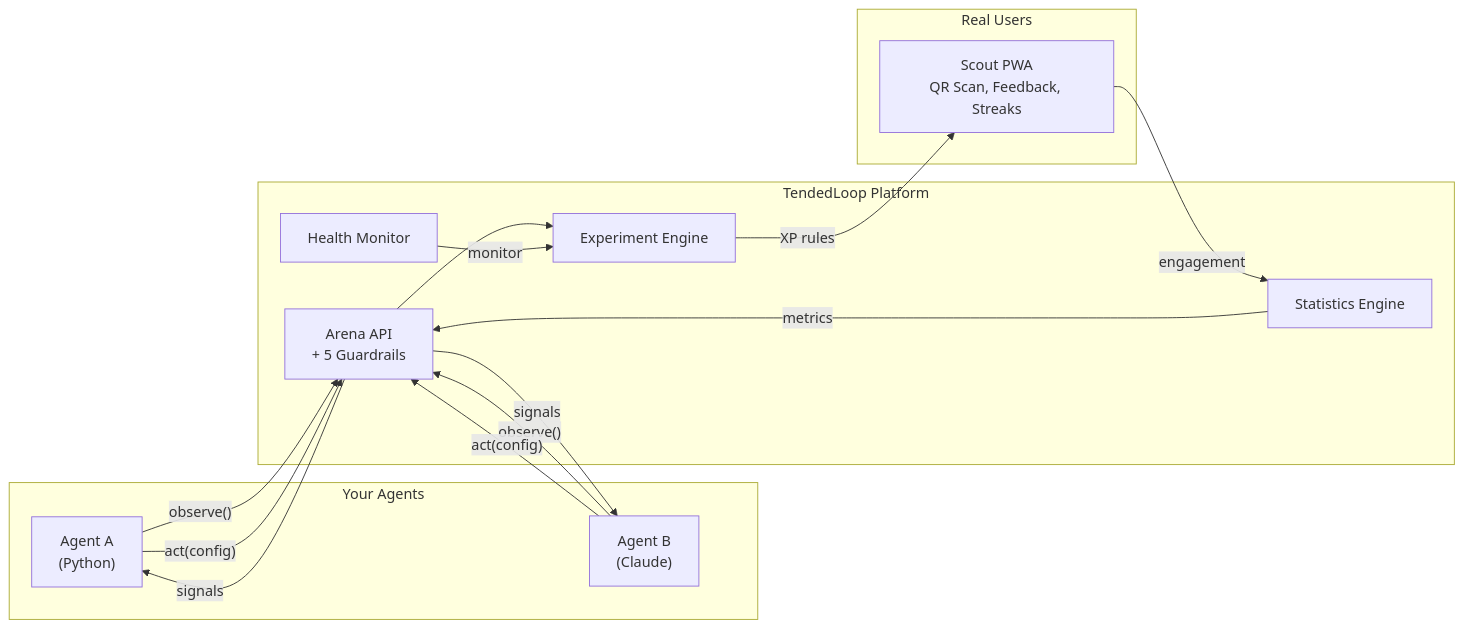
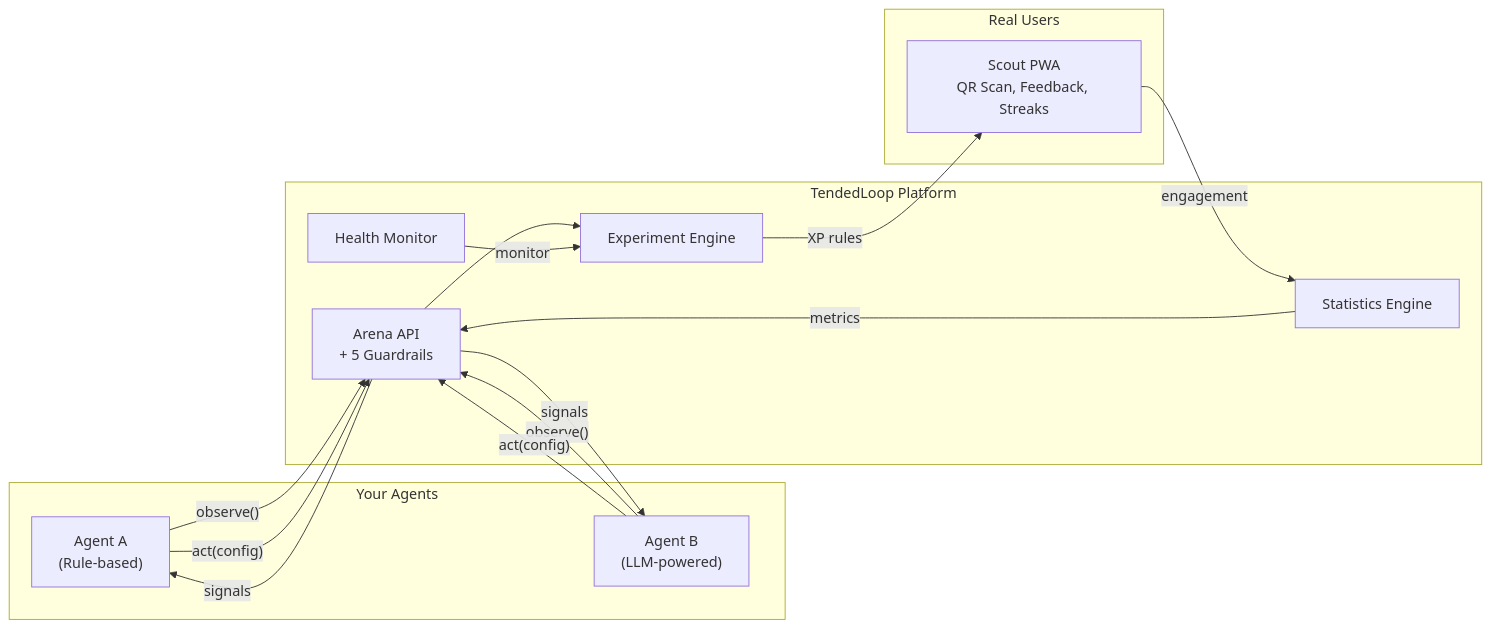
Before and after one commit to osheryadgar/tendedloop-arena: the second of 3 diagrams in README.md, drawn with Mermaid. The commit also changed other lines of this file and 22 other files, not shown here.

````diff
--- a/README.md
+++ b/README.md
@@ -257,30 +259,30 @@
 ```mermaid
 graph LR
     subgraph Agents["Your Agents"]
-        A1["Agent A<br/>(Python)"]
-        A2["Agent B<br/>(Claude)"]
+        A1["Agent A<br/>(Rule-based)"]
+        A2["Agent B<br/>(LLM-powered)"]
     end
 
     subgraph Platform["TendedLoop Platform"]
         API["Arena API<br/>+ 5 Guardrails"]
         EE["Experiment Engine"]
         SE["Statistics Engine"]
         HM["Health Monitor"]
     end
 
     subgraph Users["Real Users"]
         PWA["Scout PWA<br/>QR Scan, Feedback, Streaks"]
     end
 
     A1 -->|"observe()"| API
     A2 -->|"observe()"| API
     API -->|"signals"| A1
     API -->|"signals"| A2
     A1 -->|"act(config)"| API
     A2 -->|"act(config)"| API
     API --> EE
     EE -->|"XP rules"| PWA
     PWA -->|"engagement"| SE
     SE -->|"metrics"| API
     HM -->|"monitor"| EE
 ```
````
